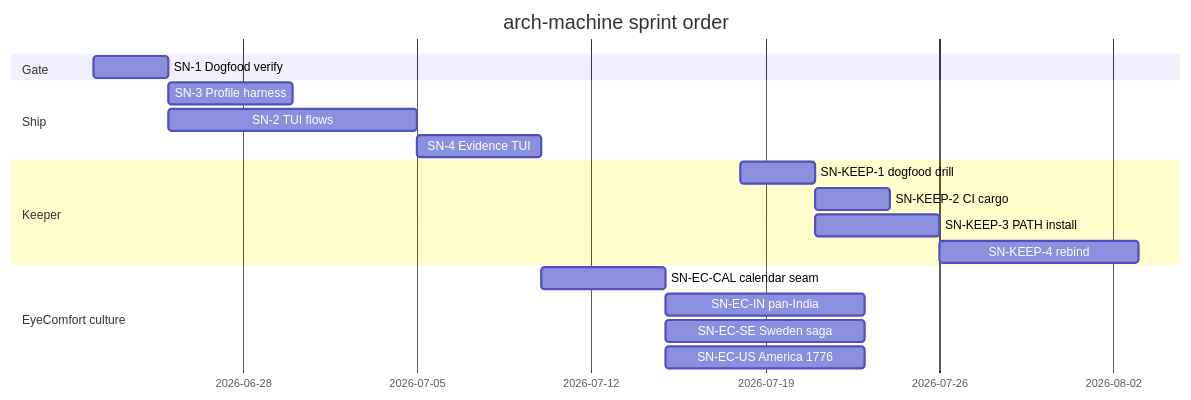
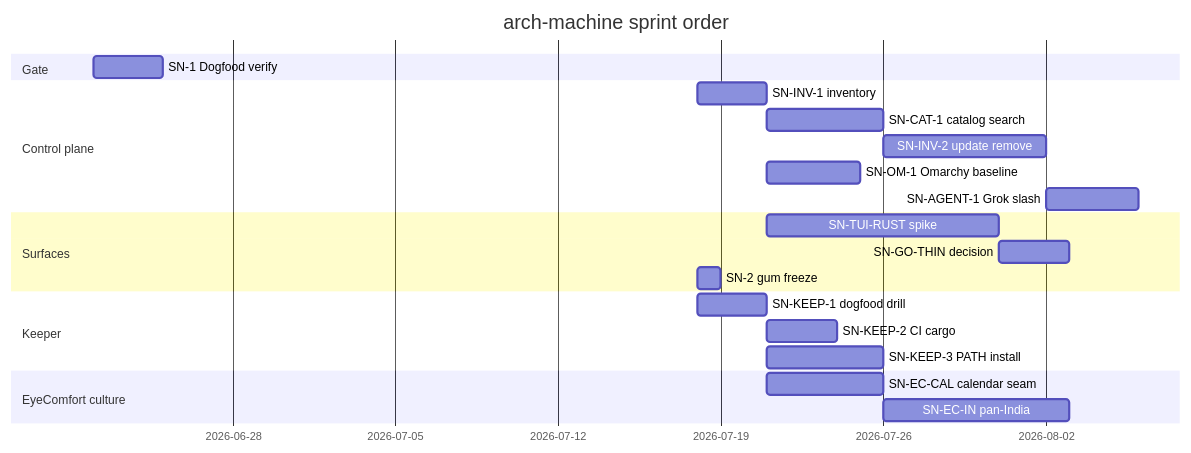
Before and after one commit to p10ns11y/arch-machine: the seventh of 7 diagrams in arch-design/coming-next.md, drawn with Mermaid. The commit also changed other lines of this file and 14 other files, not shown here.

First line of the commit message:
feat(tui): Ratatui control plane + inventory backend

````diff
--- a/arch-design/coming-next.md
+++ b/arch-design/coming-next.md
@@ -263,21 +373,24 @@
 ```mermaid
 gantt
   title arch-machine sprint order
   dateFormat YYYY-MM-DD
   section Gate
   SN-1 Dogfood verify     :sn1, 2026-06-22, 3d
-  section Ship
-  SN-3 Profile harness    :sn3, after sn1, 5d
-  SN-2 TUI flows          :sn2, after sn1, 10d
-  SN-4 Evidence TUI       :sn4, after sn2, 5d
+  section Control plane
+  SN-INV-1 inventory      :inv1, 2026-07-18, 3d
+  SN-CAT-1 catalog search :cat1, after inv1, 5d
+  SN-INV-2 update remove  :inv2, after cat1, 7d
+  SN-OM-1 Omarchy baseline:om1, after inv1, 4d
+  SN-AGENT-1 Grok slash   :ag1, after inv2, 4d
+  section Surfaces
+  SN-TUI-RUST spike       :rust, after inv1, 10d
+  SN-GO-THIN decision     :go, after rust, 3d
+  SN-2 gum freeze         :sn2, 2026-07-18, 1d
   section Keeper
   SN-KEEP-1 dogfood drill :k1, 2026-07-18, 3d
   SN-KEEP-2 CI cargo      :k2, after k1, 3d
   SN-KEEP-3 PATH install  :k3, after k1, 5d
-  SN-KEEP-4 rebind        :k4, after k3, 8d
   section EyeComfort culture
-  SN-EC-CAL calendar seam :eccal, after sn4, 5d
+  SN-EC-CAL calendar seam :eccal, after inv1, 5d
   SN-EC-IN pan-India      :ecin, after eccal, 8d
-  SN-EC-SE Sweden saga    :ecse, after eccal, 8d
-  SN-EC-US America 1776   :ecus, after eccal, 8d
 ```
````
